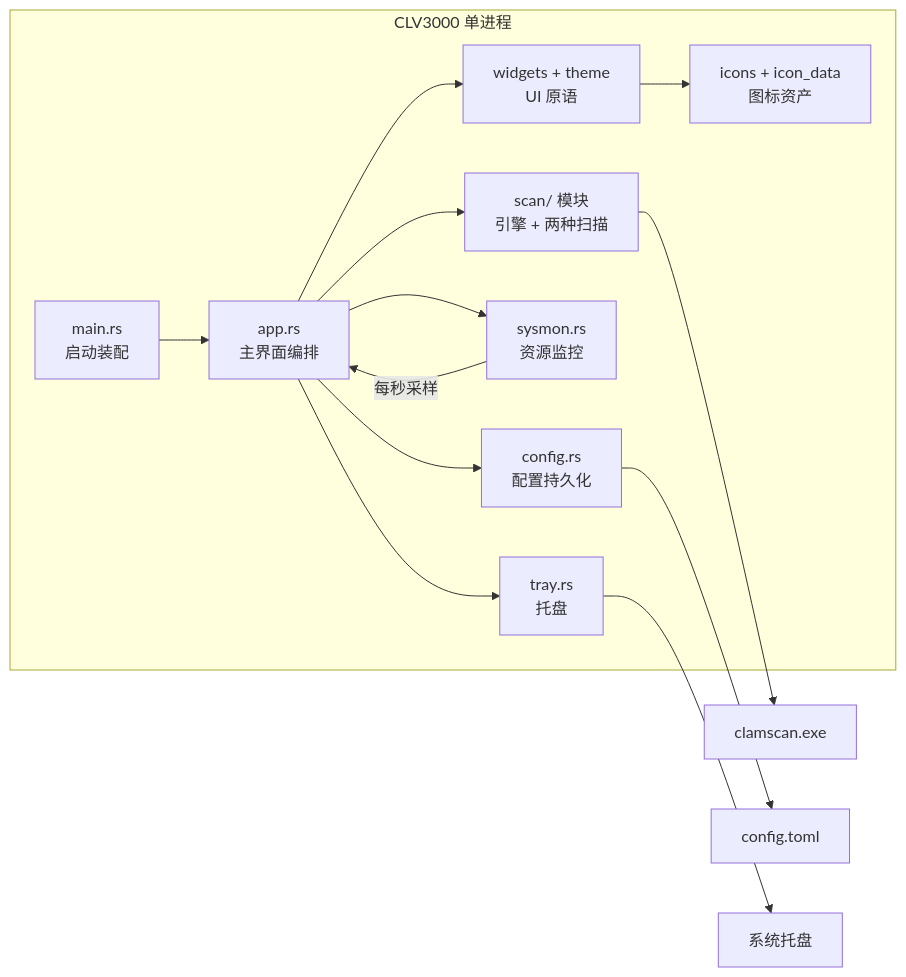
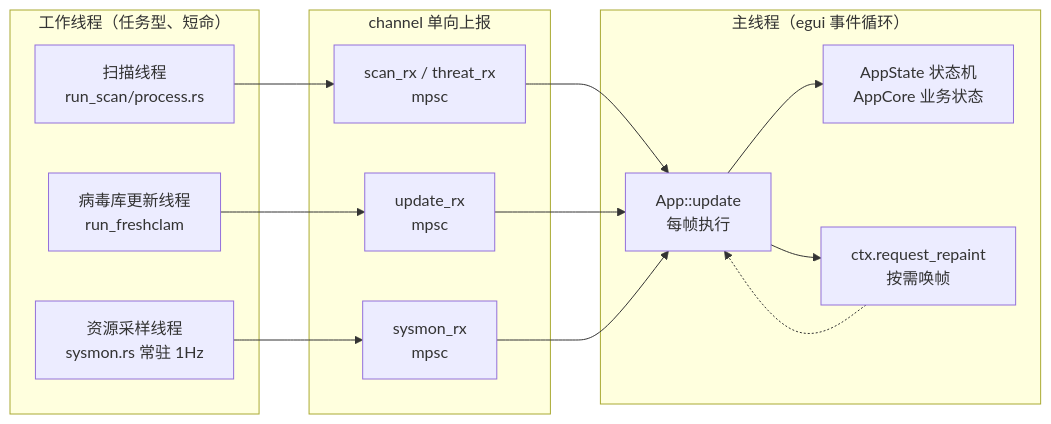
One commit to sopaco/CLV3000 changed the second of 4 diagrams in .terrain/human/2.架构.md. Above: the diagram before and after it, drawn with Mermaid. The commit also changed other lines of this file and 11 other files, not shown here.

````diff
--- a/.terrain/human/2.架构.md
+++ b/.terrain/human/2.架构.md
@@ -75,24 +80,30 @@
 ```mermaid
-graph LR
-    subgraph clv3000["CLV3000 单进程"]
-        MAIN["main.rs<br/>启动装配"]
-        APP["app.rs<br/>主界面编排"]
-        SCAN["scan/ 模块<br/>引擎 + 两种扫描"]
-        CONFIG["config.rs<br/>配置持久化"]
-        SYS["sysmon.rs<br/>资源监控"]
-        TRAY["tray.rs<br/>托盘"]
-        UI["widgets + theme<br/>UI 原语"]
-        ICONS["icons + icon_data<br/>图标资产"]
+flowchart LR
+    subgraph mainThread["主线程（egui 事件循环）"]
+        app["App::update<br/>每帧执行"]
+        state["AppState 状态机<br/>AppCore 业务状态"]
+        repaint["ctx.request_repaint<br/>按需唤帧"]
     end
-    MAIN --> APP
-    APP --> SCAN
-    APP --> CONFIG
-    APP --> SYS
-    APP --> TRAY
-    APP --> UI
-    UI --> ICONS
-    SCAN --> C["clamscan.exe"]
-    CONFIG --> CF["config.toml"]
-    TRAY --> TR["系统托盘"]
-    SYS -->|每秒采样| APP
+
+    subgraph workers["工作线程（任务型、短命）"]
+        scanTask["扫描线程<br/>run_scan/process.rs"]
+        updateTask["病毒库更新线程<br/>run_freshclam"]
+        sysmonThr["资源采样线程<br/>sysmon.rs 常驻 1Hz"]
+    end
+
+    subgraph channels["channel 单向上报"]
+        scanRx["scan_rx / threat_rx<br/>mpsc"]
+        updateRx["update_rx<br/>mpsc"]
+        sysmonRx["sysmon_rx<br/>mpsc"]
+    end
+
+    scanTask --> scanRx
+    updateTask --> updateRx
+    sysmonThr --> sysmonRx
+    scanRx --> app
+    updateRx --> app
+    sysmonRx --> app
+    app --> state
+    app --> repaint
+    repaint -.-> app
 ```
````
